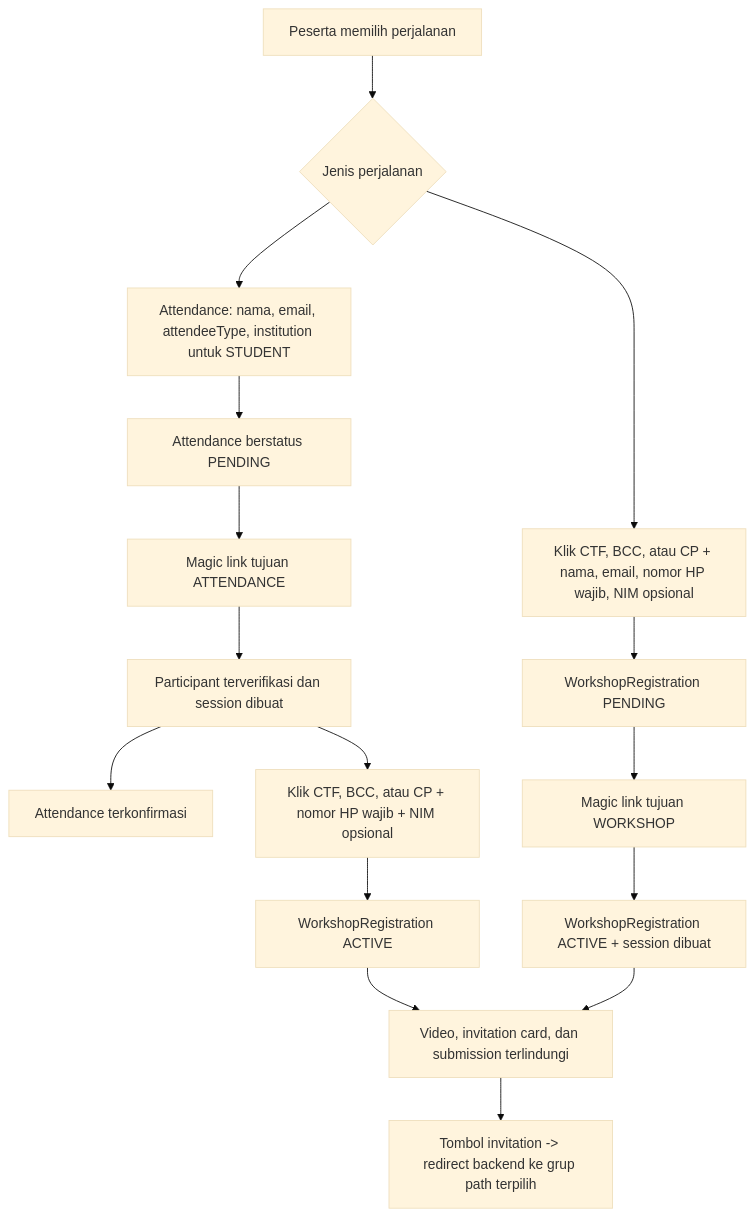
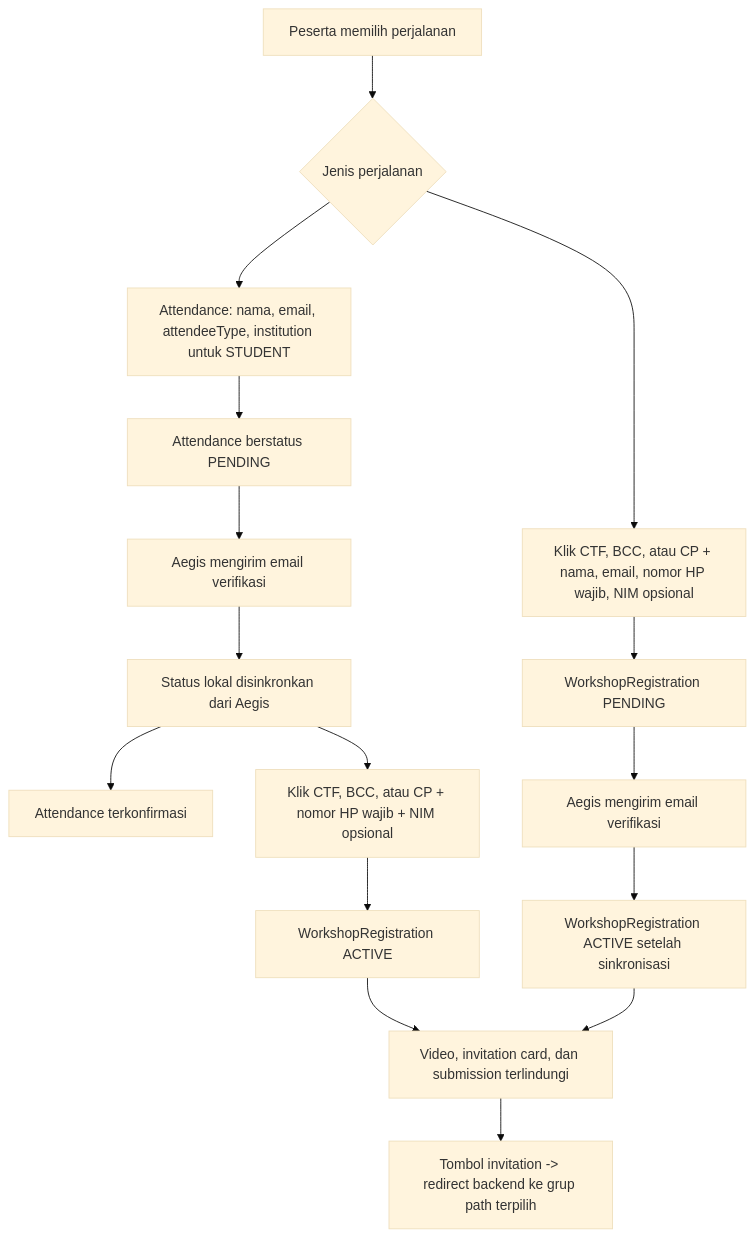
One commit to Website-AKSANG-SPARTA-2025/website-AkSang-SPARTA-2025 changed the first of 4 diagrams in docs/backend/README.md. Above: the diagram before and after it, drawn with Mermaid (base theme). The commit also changed other lines of this file and 21 other files, not shown here.

Commit message:
refactor: remove local resend verification flow

````diff
--- a/docs/backend/README.md
+++ b/docs/backend/README.md
@@ -25,21 +25,21 @@
 ```mermaid
 flowchart TB
     start["Peserta memilih perjalanan"] --> choice{"Jenis perjalanan"}
 
     choice --> AttendanceForm["Attendance: nama, email, attendeeType, institution untuk STUDENT"]
     AttendanceForm --> AttendancePending["Attendance berstatus PENDING"]
-    AttendancePending --> AttendanceLink["Magic link tujuan ATTENDANCE"]
-    AttendanceLink --> AttendanceSession["Participant terverifikasi dan session dibuat"]
+    AttendancePending --> AttendanceLink["Aegis mengirim email verifikasi"]
+    AttendanceLink --> AttendanceSession["Status lokal disinkronkan dari Aegis"]
     AttendanceSession --> event["Attendance terkonfirmasi"]
     AttendanceSession --> AttendanceWorkshop["Klik CTF, BCC, atau CP + nomor HP wajib + NIM opsional"]
     AttendanceWorkshop --> AttendanceActive["WorkshopRegistration ACTIVE"]
 
     choice --> workshopForm["Klik CTF, BCC, atau CP + nama, email, nomor HP wajib, NIM opsional"]
     workshopForm --> workshopPending["WorkshopRegistration PENDING"]
-    workshopPending --> workshopLink["Magic link tujuan WORKSHOP"]
-    workshopLink --> workshopActive["WorkshopRegistration ACTIVE + session dibuat"]
+    workshopPending --> workshopLink["Aegis mengirim email verifikasi"]
+    workshopLink --> workshopActive["WorkshopRegistration ACTIVE setelah sinkronisasi"]
 
     AttendanceActive --> protectedAccess["Video, invitation card, dan submission terlindungi"]
     workshopActive --> protectedAccess
     protectedAccess --> invitation["Tombol invitation -> redirect backend ke grup path terpilih"]
 ```
````
